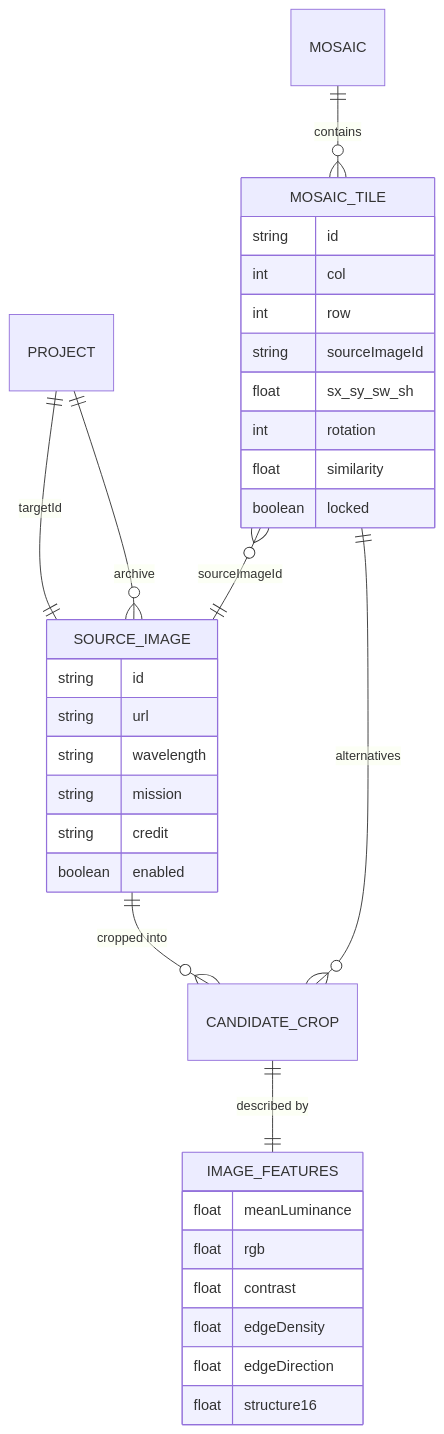
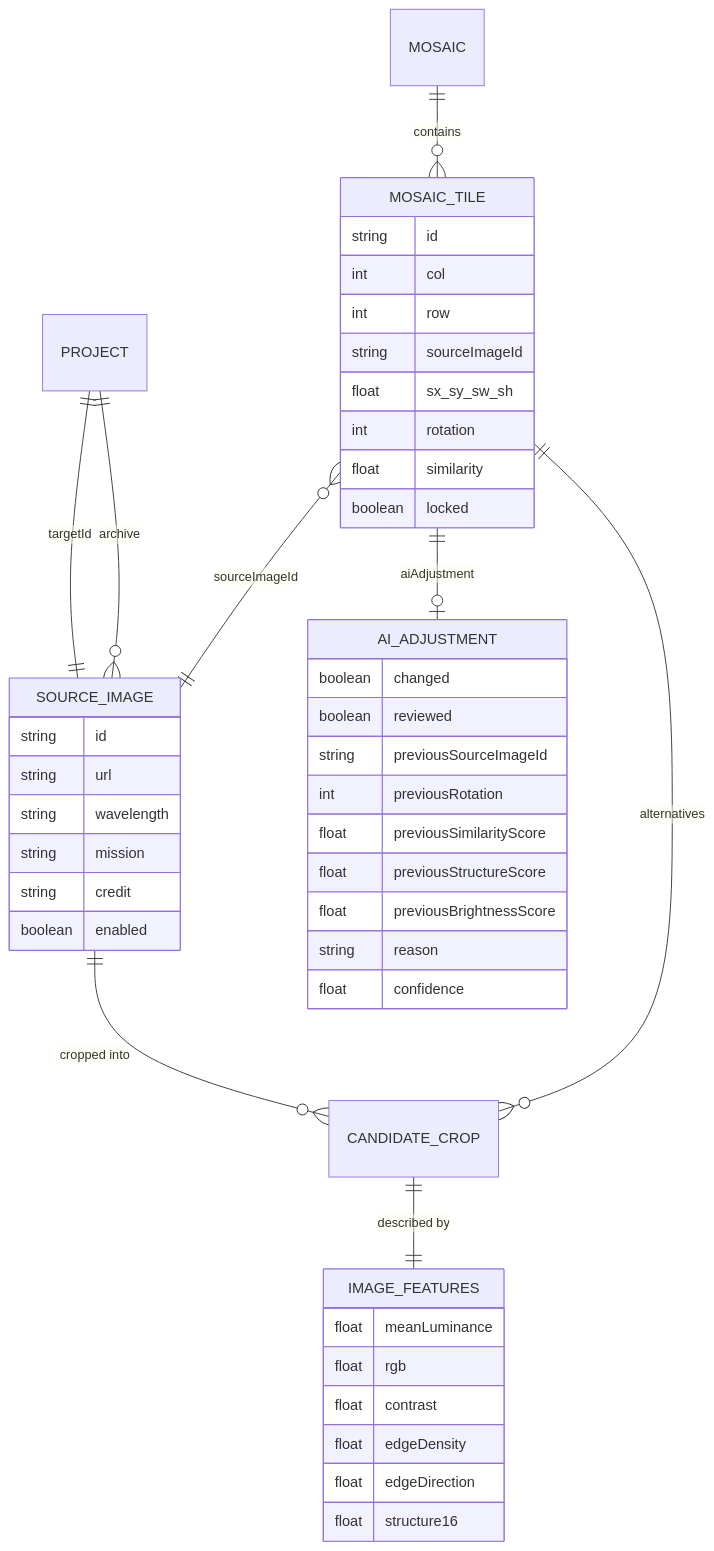
The fifth of 6 diagrams in README.md (jayrosen-design/cosmic-collage), drawn with Mermaid before and after one commit.

````diff
--- a/README.md
+++ b/README.md
@@ -200,37 +200,49 @@
 ```mermaid
 erDiagram
   PROJECT ||--|| SOURCE_IMAGE : "targetId"
   PROJECT ||--o{ SOURCE_IMAGE : "archive"
   SOURCE_IMAGE ||--o{ CANDIDATE_CROP : "cropped into"
   CANDIDATE_CROP ||--|| IMAGE_FEATURES : "described by"
   MOSAIC ||--o{ MOSAIC_TILE : "contains"
   MOSAIC_TILE }o--|| SOURCE_IMAGE : "sourceImageId"
   MOSAIC_TILE ||--o{ CANDIDATE_CROP : "alternatives"
+  MOSAIC_TILE ||--o| AI_ADJUSTMENT : "aiAdjustment"
 
   SOURCE_IMAGE {
     string id
     string url
     string wavelength
     string mission
     string credit
     boolean enabled
   }
   MOSAIC_TILE {
     string id
     int col
     int row
     string sourceImageId
     float sx_sy_sw_sh
     int rotation
     float similarity
     boolean locked
   }
+  AI_ADJUSTMENT {
+    boolean changed
+    boolean reviewed
+    string previousSourceImageId
+    int previousRotation
+    float previousSimilarityScore
+    float previousStructureScore
+    float previousBrightnessScore
+    string reason
+    float confidence
+  }
   IMAGE_FEATURES {
     float meanLuminance
     float rgb
     float contrast
     float edgeDensity
     float edgeDirection
     float structure16
   }
 ```
````
